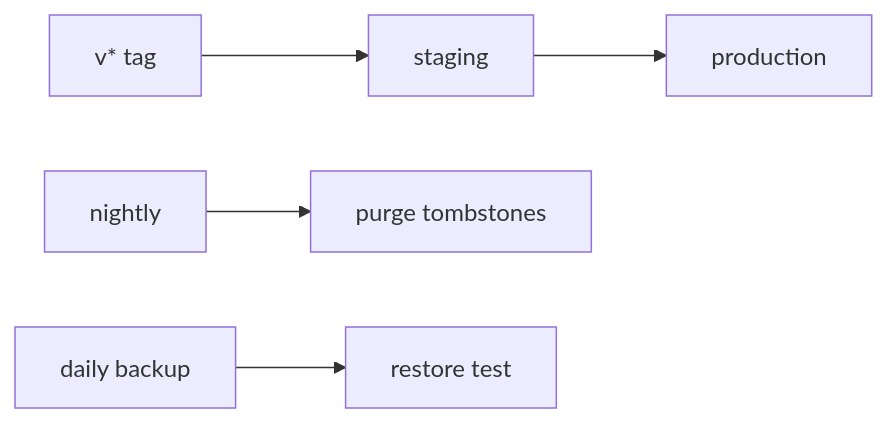
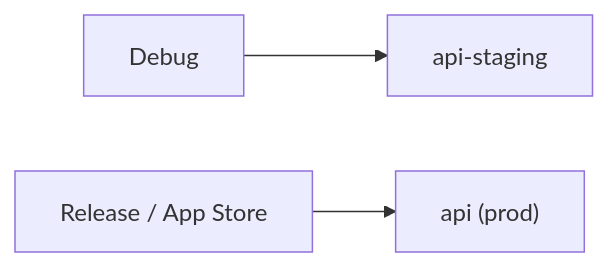
Before and after one commit to DAMHONGDUC/site-log-ios: diagram 12 of 12 in docs/feature-guide/S9-release/F18-ui-finish.md, drawn with Mermaid. The commit also changed other lines of this file and 33 other files, not shown here.

````diff
--- a/docs/feature-guide/S9-release/F18-ui-finish.md
+++ b/docs/feature-guide/S9-release/F18-ui-finish.md
@@ -506,6 +508,5 @@
 ```mermaid
 flowchart LR
-    Tag["v* tag"] --> Staging["staging"] --> Prod["production"]
-    Cron["nightly"] --> Purge["purge tombstones"]
-    Backup["daily backup"] --> Restore["restore test"]
+    Debug["Debug"] --> Stg["api-staging"]
+    Release["Release / App Store"] --> Prod["api (prod)"]
 ```
````
